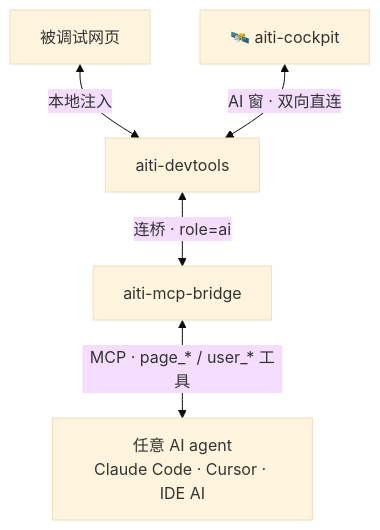
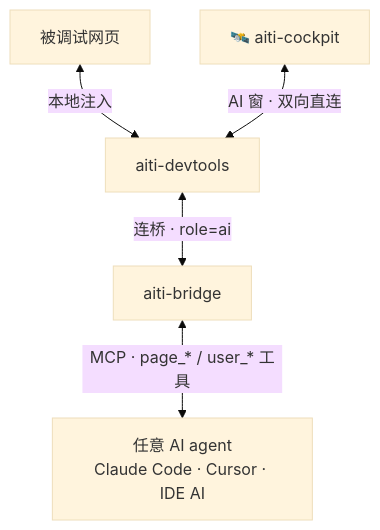
Before and after one commit to aiti-ai/aiti-docs: the second of 2 diagrams in docs/README.md, drawn with Mermaid (base theme). The commit also changed other lines of this file and 100 other files, not shown here.

````diff
--- a/docs/README.md
+++ b/docs/README.md
@@ -95,7 +95,7 @@
 ```mermaid
 flowchart TB
     P[被调试网页] <-->|本地注入| D[aiti-devtools]
     C[🛰️ aiti-cockpit] <-->|AI 窗 · 双向直连| D
-    D <-->|连桥 · role=ai| B[aiti-mcp-bridge]
+    D <-->|连桥 · role=ai| B[aiti-bridge]
     B <-->|MCP · page_* / user_* 工具| X["任意 AI agent<br/>Claude Code · Cursor · IDE AI"]
 ```
````
